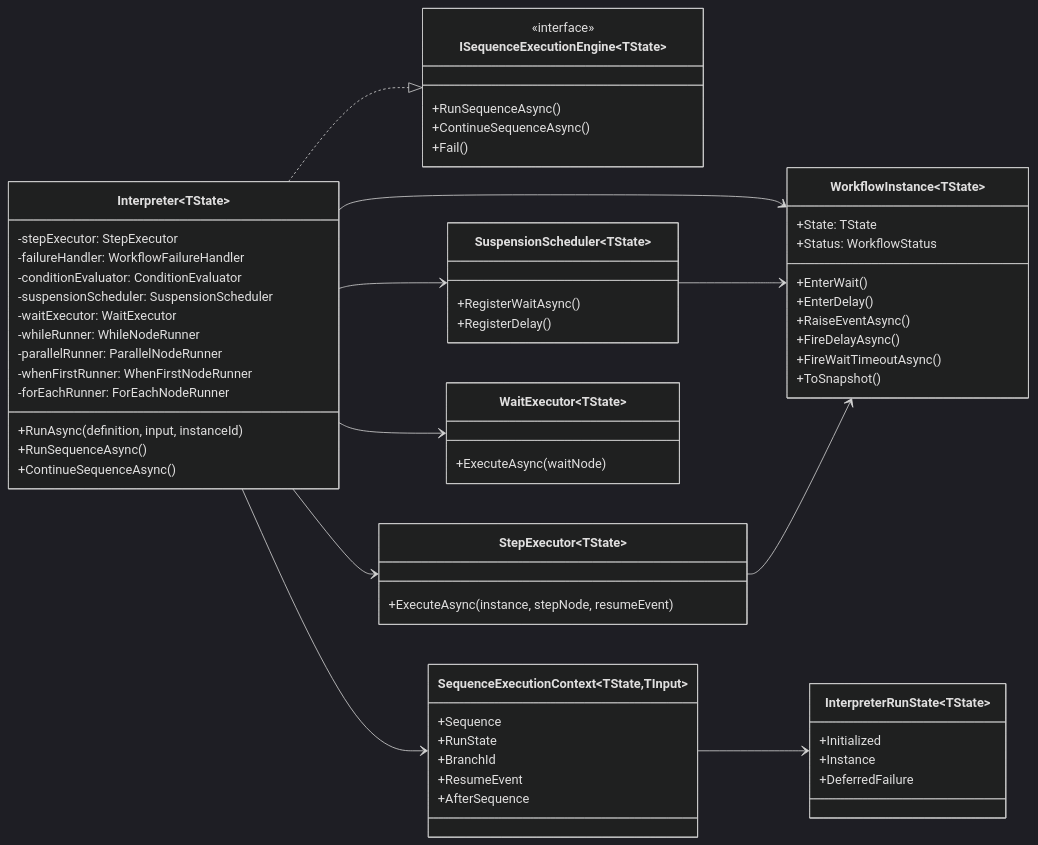
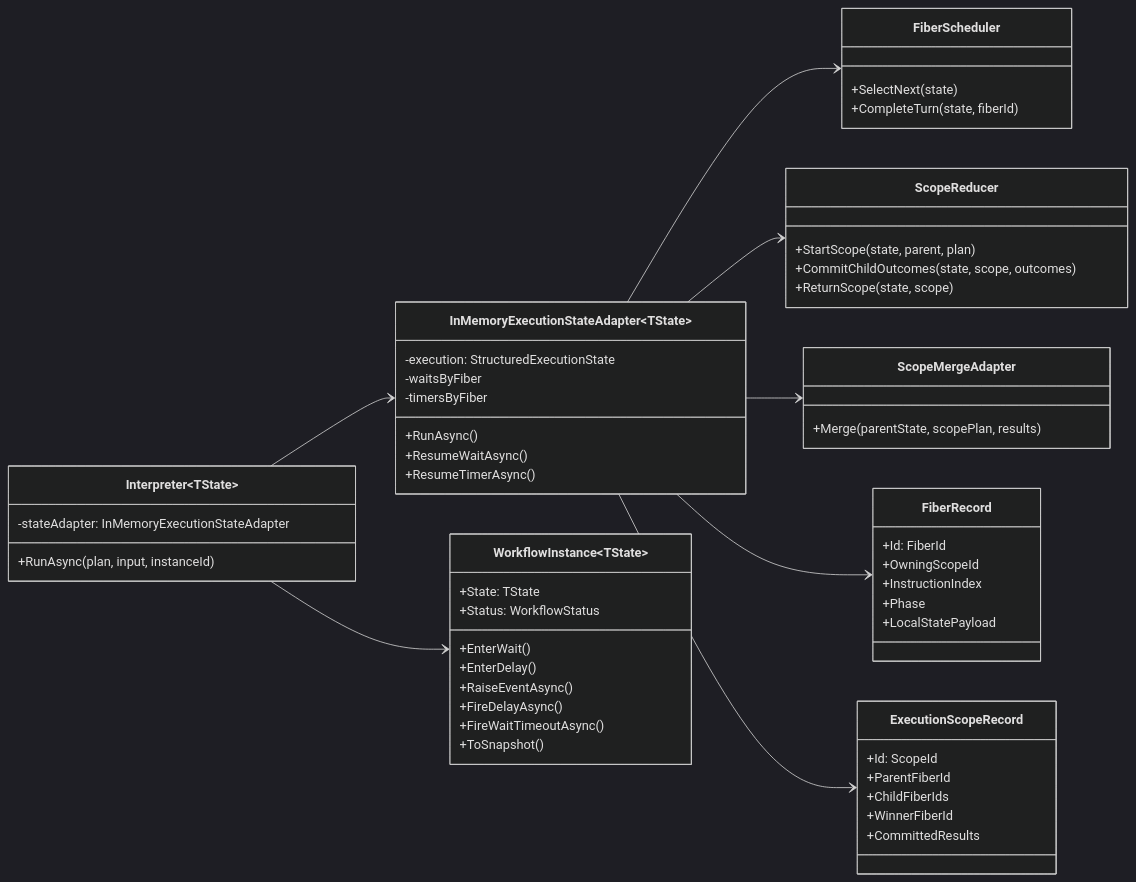
Before and after one commit to dekrevedko/Workflow-orca: the third of 18 diagrams in docs/ephemeral-engine-diagrams.md, drawn with Mermaid (dark theme). The commit also changed other lines of this file and 238 other files, not shown here.

Commit message:
feat: adopt structured fiber execution

````diff
--- a/docs/ephemeral-engine-diagrams.md
+++ b/docs/ephemeral-engine-diagrams.md
@@ -163,74 +163,68 @@
 ```mermaid
 classDiagram
   direction LR
 
   class Interpreter~TState~ {
-    -stepExecutor: StepExecutor
-    -failureHandler: WorkflowFailureHandler
-    -conditionEvaluator: ConditionEvaluator
-    -suspensionScheduler: SuspensionScheduler
-    -waitExecutor: WaitExecutor
-    -whileRunner: WhileNodeRunner
-    -parallelRunner: ParallelNodeRunner
-    -whenFirstRunner: WhenFirstNodeRunner
-    -forEachRunner: ForEachNodeRunner
-    +RunAsync(definition, input, instanceId)
-    +RunSequenceAsync()
-    +ContinueSequenceAsync()
+    -stateAdapter: InMemoryExecutionStateAdapter
+    +RunAsync(plan, input, instanceId)
   }
 
-  class ISequenceExecutionEngine~TState~ {
-    <<interface>>
-    +RunSequenceAsync()
-    +ContinueSequenceAsync()
-    +Fail()
+  class InMemoryExecutionStateAdapter~TState~ {
+    -execution: StructuredExecutionState
+    -waitsByFiber
+    -timersByFiber
+    +RunAsync()
+    +ResumeWaitAsync()
+    +ResumeTimerAsync()
   }
 
-  class StepExecutor~TState~ {
-    +ExecuteAsync(instance, stepNode, resumeEvent)
+  class FiberScheduler {
+    +SelectNext(state)
+    +CompleteTurn(state, fiberId)
   }
 
-  class SuspensionScheduler~TState~ {
-    +RegisterWaitAsync()
-    +RegisterDelay()
+  class ScopeReducer {
+    +StartScope(state, parent, plan)
+    +CommitChildOutcomes(state, scope, outcomes)
+    +ReturnScope(state, scope)
   }
 
-  class WaitExecutor~TState~ {
-    +ExecuteAsync(waitNode)
+  class ScopeMergeAdapter {
+    +Merge(parentState, scopePlan, results)
   }
 
   class WorkflowInstance~TState~ {
     +State: TState
     +Status: WorkflowStatus
     +EnterWait()
     +EnterDelay()
     +RaiseEventAsync()
     +FireDelayAsync()
     +FireWaitTimeoutAsync()
     +ToSnapshot()
   }
 
-  class SequenceExecutionContext~TState,TInput~ {
-    +Sequence
-    +RunState
-    +BranchId
-    +ResumeEvent
-    +AfterSequence
+  class FiberRecord {
+    +Id: FiberId
+    +OwningScopeId
+    +InstructionIndex
+    +Phase
+    +LocalStatePayload
   }
 
-  class InterpreterRunState~TState~ {
-    +Initialized
-    +Instance
-    +DeferredFailure
+  class ExecutionScopeRecord {
+    +Id: ScopeId
+    +ParentFiberId
+    +ChildFiberIds
+    +WinnerFiberId
+    +CommittedResults
   }
 
-  Interpreter~TState~ ..|> ISequenceExecutionEngine~TState~
-  Interpreter~TState~ --> StepExecutor~TState~
-  Interpreter~TState~ --> SuspensionScheduler~TState~
-  Interpreter~TState~ --> WaitExecutor~TState~
+  Interpreter~TState~ --> InMemoryExecutionStateAdapter~TState~
+  InMemoryExecutionStateAdapter~TState~ --> FiberScheduler
+  InMemoryExecutionStateAdapter~TState~ --> ScopeReducer
+  InMemoryExecutionStateAdapter~TState~ --> ScopeMergeAdapter
+  InMemoryExecutionStateAdapter~TState~ --> FiberRecord
+  InMemoryExecutionStateAdapter~TState~ --> ExecutionScopeRecord
   Interpreter~TState~ --> WorkflowInstance~TState~
-  Interpreter~TState~ --> SequenceExecutionContext~TState,TInput~
-  SequenceExecutionContext~TState,TInput~ --> InterpreterRunState~TState~
-  SuspensionScheduler~TState~ --> WorkflowInstance~TState~
-  StepExecutor~TState~ --> WorkflowInstance~TState~
 ```
````
